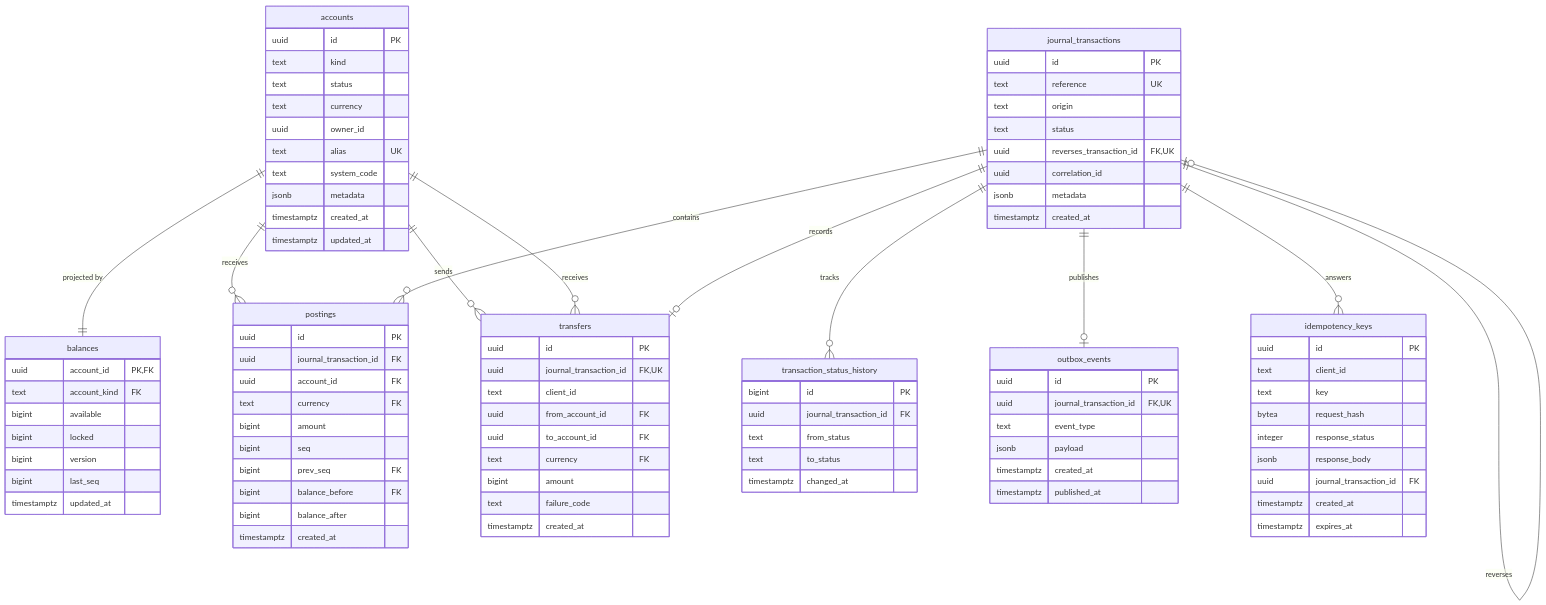
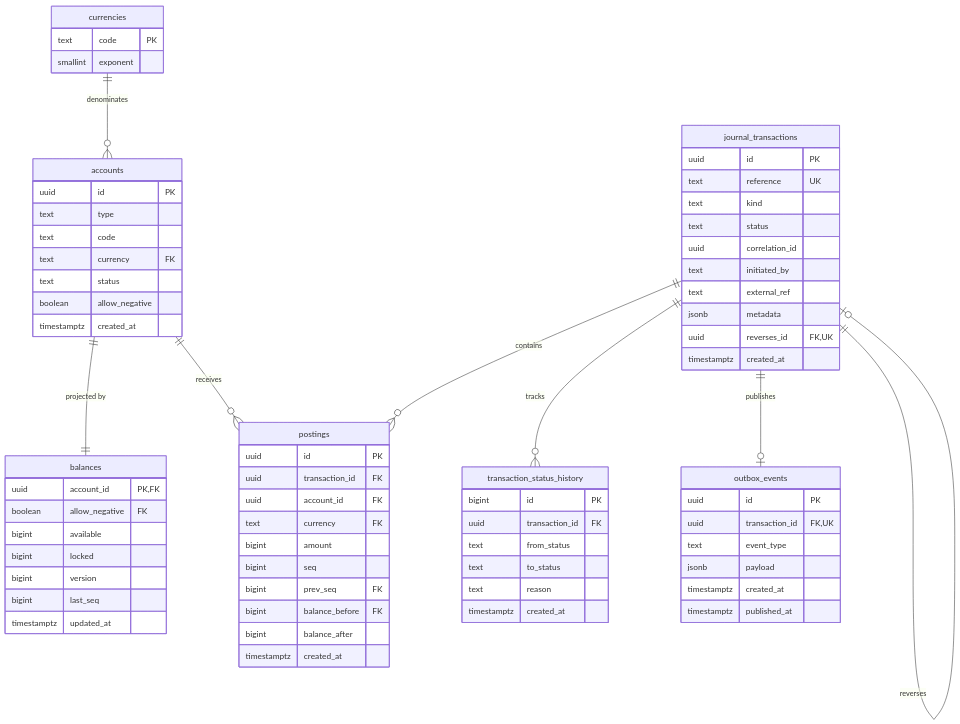
One commit to sebasBetancourt/Ledger changed the diagram in docs/design/data-model.md. Above: the diagram before and after it, drawn with Mermaid. The commit also changed other lines of this file and 4 other files, not shown here.

First line of the commit message:
feat(db): seed system accounts per currency

````diff
--- a/docs/design/data-model.md
+++ b/docs/design/data-model.md
@@ -18,31 +29,29 @@
 ```mermaid
 erDiagram
+    currencies ||--o{ accounts : "denominates"
     accounts ||--|| balances : "projected by"
     accounts ||--o{ postings : "receives"
-    accounts ||--o{ transfers : "sends"
-    accounts ||--o{ transfers : "receives"
     journal_transactions ||--o{ postings : "contains"
     journal_transactions ||--o{ transaction_status_history : "tracks"
-    journal_transactions ||--o| transfers : "records"
     journal_transactions ||--o| journal_transactions : "reverses"
     journal_transactions ||--o| outbox_events : "publishes"
-    journal_transactions ||--o{ idempotency_keys : "answers"
 
+    currencies {
+        text code PK
+        smallint exponent
+    }
     accounts {
         uuid id PK
-        text kind
+        text type
+        text code
+        text currency FK
         text status
-        text currency
-        uuid owner_id
-        text alias UK
-        text system_code
-        jsonb metadata
+        boolean allow_negative
         timestamptz created_at
-        timestamptz updated_at
     }
     balances {
         uuid account_id PK,FK
-        text account_kind FK
+        boolean allow_negative FK
         bigint available
         bigint locked
         bigint version
@@ -52,16 +61,18 @@
     journal_transactions {
         uuid id PK
         text reference UK
-        text origin
+        text kind
         text status
-        uuid reverses_transaction_id FK,UK
         uuid correlation_id
+        text initiated_by
+        text external_ref
         jsonb metadata
+        uuid reverses_id FK,UK
         timestamptz created_at
     }
     postings {
         uuid id PK
-        uuid journal_transaction_id FK
+        uuid transaction_id FK
         uuid account_id FK
         text currency FK
         bigint amount
@@ -73,36 +84,15 @@
     }
     transaction_status_history {
         bigint id PK
-        uuid journal_transaction_id FK
+        uuid transaction_id FK
         text from_status
         text to_status
-        timestamptz changed_at
-    }
-    transfers {
-        uuid id PK
-        uuid journal_transaction_id FK,UK
-        text client_id
-        uuid from_account_id FK
-        uuid to_account_id FK
-        text currency FK
-        bigint amount
-        text failure_code
+        text reason
         timestamptz created_at
-    }
-    idempotency_keys {
-        uuid id PK
-        text client_id
-        text key
-        bytea request_hash
-        integer response_status
-        jsonb response_body
-        uuid journal_transaction_id FK
-        timestamptz created_at
-        timestamptz expires_at
     }
     outbox_events {
         uuid id PK
-        uuid journal_transaction_id FK,UK
+        uuid transaction_id FK,UK
         text event_type
         jsonb payload
         timestamptz created_at
````
